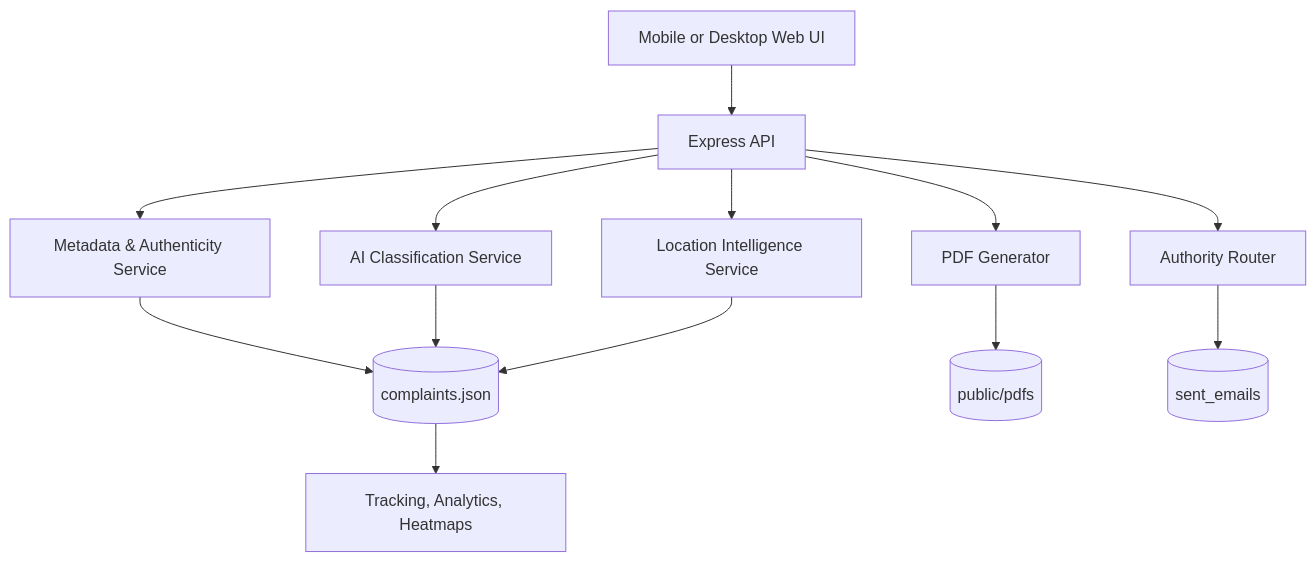
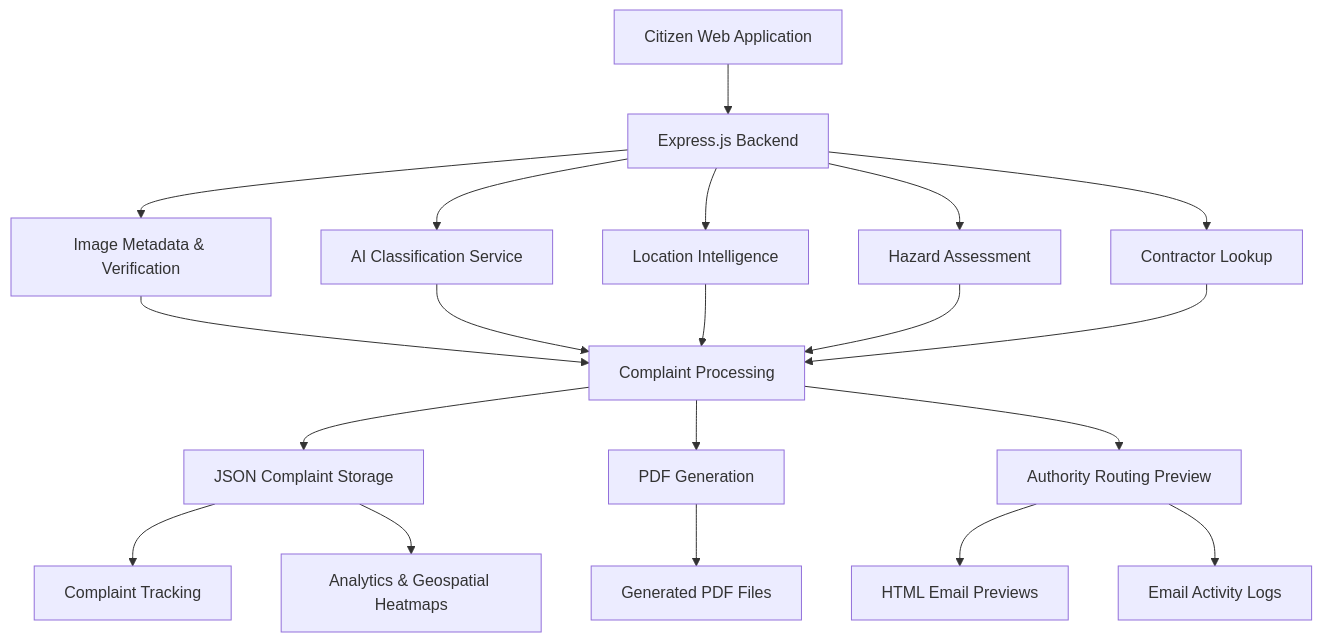
The diagram in README.md (hemhalatha/FixMyRoad), drawn with Mermaid before and after one commit. The commit also changed other lines of this file, not shown here.

````diff
--- a/README.md
+++ b/README.md
@@ -19,15 +103,27 @@
 ```mermaid
-graph TD
-  A[Mobile or Desktop Web UI] --> B[Express API]
-  B --> C[Metadata & Authenticity Service]
-  B --> D[AI Classification Service]
-  B --> E[Location Intelligence Service]
-  B --> F[PDF Generator]
-  B --> G[Authority Router]
-  C --> H[(complaints.json)]
-  D --> H
-  E --> H
-  F --> I[(public/pdfs)]
-  G --> J[(sent_emails)]
-  H --> K[Tracking, Analytics, Heatmaps]
+flowchart TD
+    A[Citizen Web Application] --> B[Express.js Backend]
+
+    B --> C[Image Metadata & Verification]
+    B --> D[AI Classification Service]
+    B --> E[Location Intelligence]
+    B --> F[Hazard Assessment]
+    B --> G[Contractor Lookup]
+
+    C --> H[Complaint Processing]
+    D --> H
+    E --> H
+    F --> H
+    G --> H
+
+    H --> I[JSON Complaint Storage]
+    H --> J[PDF Generation]
+    H --> K[Authority Routing Preview]
+
+    J --> L[Generated PDF Files]
+    K --> M[HTML Email Previews]
+    K --> N[Email Activity Logs]
+
+    I --> O[Complaint Tracking]
+    I --> P[Analytics & Geospatial Heatmaps]
 ```
````
